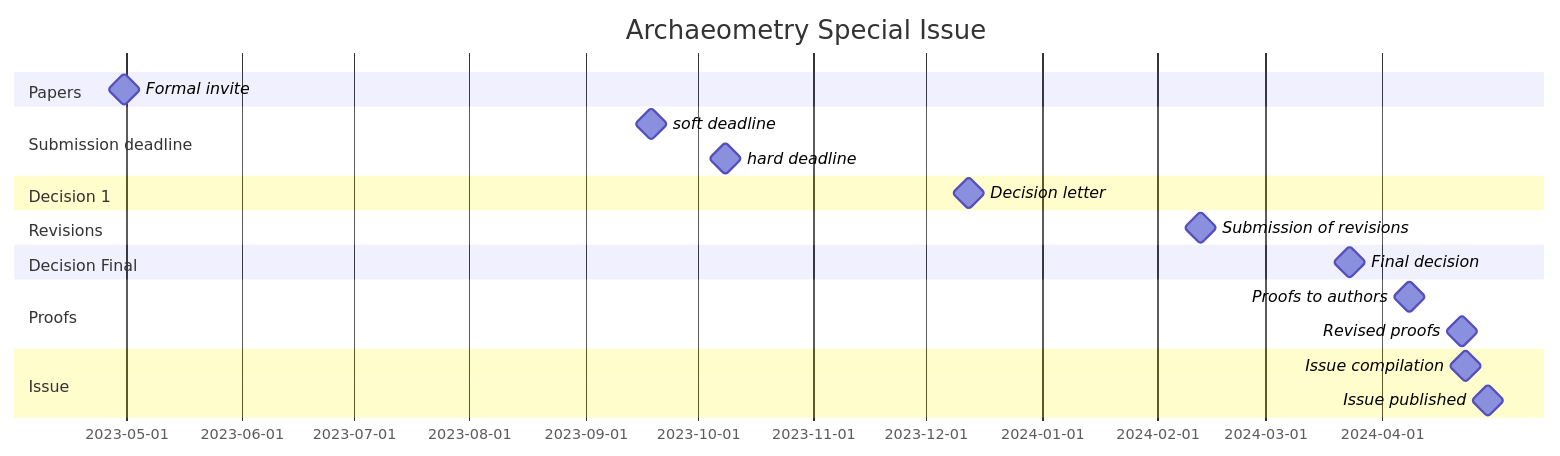
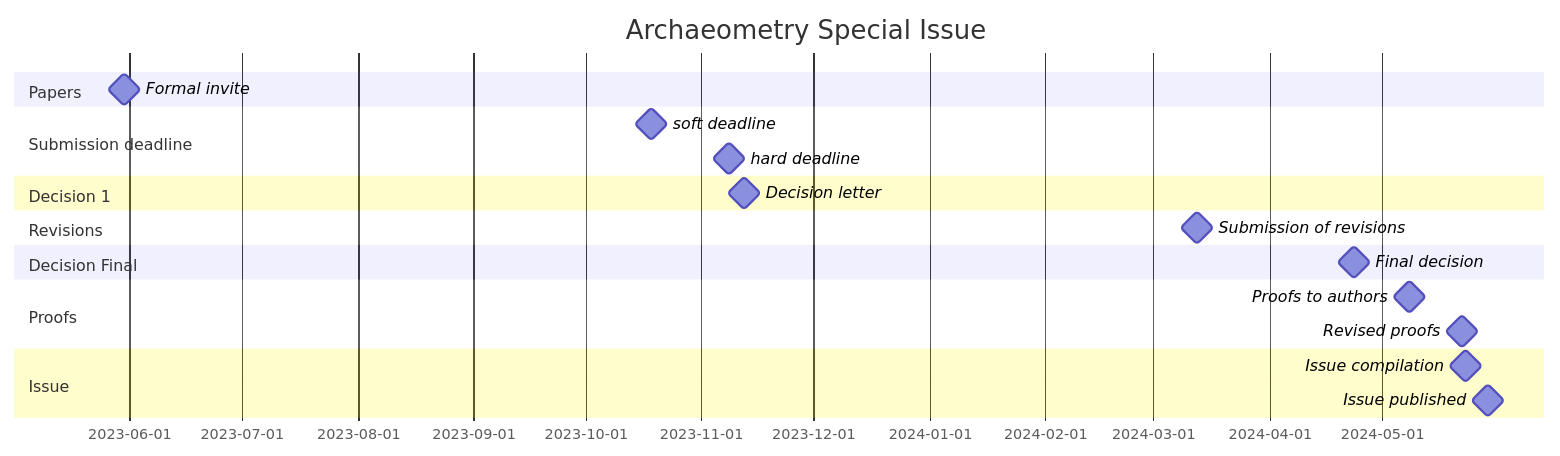
One commit to historical-time/caa-chrono-sig changed the first of 2 diagrams in archaeometry-si/README.md. Above: the diagram before and after it, drawn with Mermaid.

````diff
--- a/archaeometry-si/README.md
+++ b/archaeometry-si/README.md
@@ -7,22 +7,22 @@
 ```mermaid
 gantt
     title Archaeometry Special Issue
     dateFormat  YYYY-MM-DD
     section Papers
-    Formal invite              : milestone, m0, 2023-04-30, 1d
+    Formal invite              : milestone, m0, 2023-05-30, 1d
     section Submission deadline
-    soft deadline            : milestone, m1, 2023-09-18, 1d
-    hard deadline            : milestone, m1, 2023-10-08, 1d
+    soft deadline            : milestone, m1, 2023-10-18, 1d
+    hard deadline            : milestone, m1, 2023-11-08, 1d
     section Decision 1
-    Decision letter          : milestone, m1, 2023-12-12, 1d
+    Decision letter          : milestone, m1, 2023-11-12, 1d
     section Revisions
-    Submission of revisions	 : milestone, m1, 2024-02-12, 1d
+    Submission of revisions	 : milestone, m1, 2024-03-12, 1d
     section Decision Final
-    Final decision           : milestone, m2, 2024-03-23, 1d
+    Final decision           : milestone, m2, 2024-04-23, 1d
     section Proofs
-    Proofs to authors        : milestone, m2, 2024-04-08, 1d
-    Revised proofs           : milestone, m2, 2024-04-22, 1d
+    Proofs to authors        : milestone, m2, 2024-05-08, 1d
+    Revised proofs           : milestone, m2, 2024-05-22, 1d
     section Issue
-    Issue compilation        : milestone, m2, 2024-04-23, 1d
-    Issue published          : milestone, m2, 2024-04-29, 1d
+    Issue compilation        : milestone, m2, 2024-05-23, 1d
+    Issue published          : milestone, m2, 2024-05-29, 1d
 ```
````
